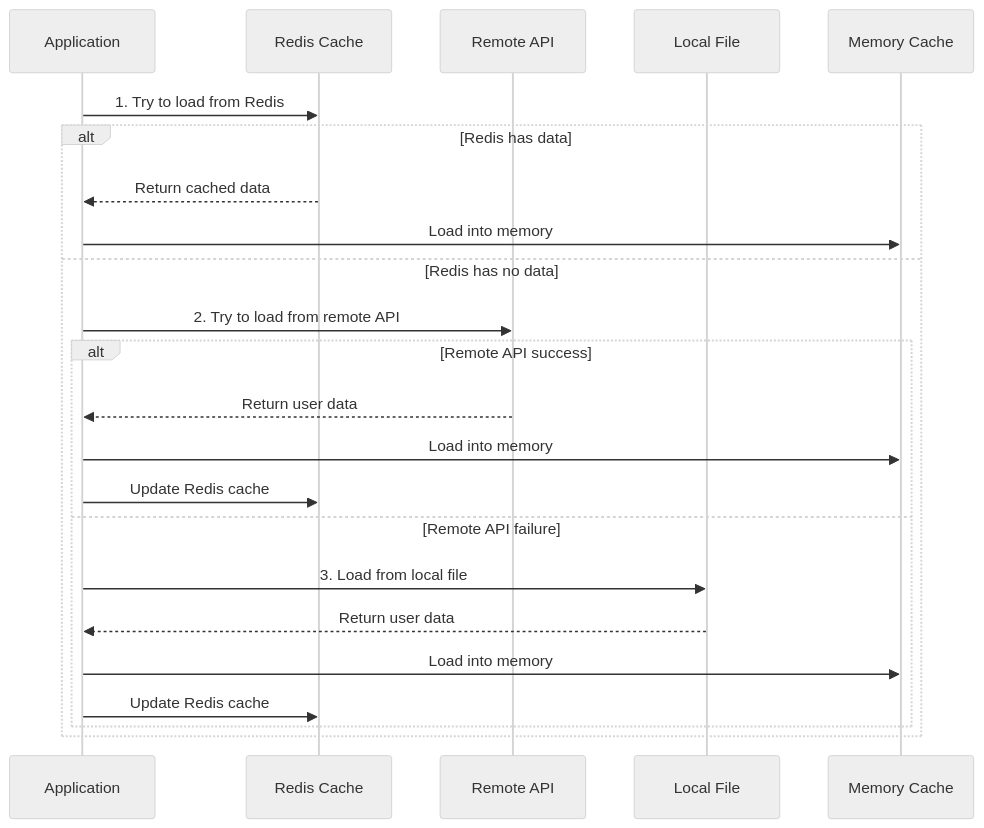
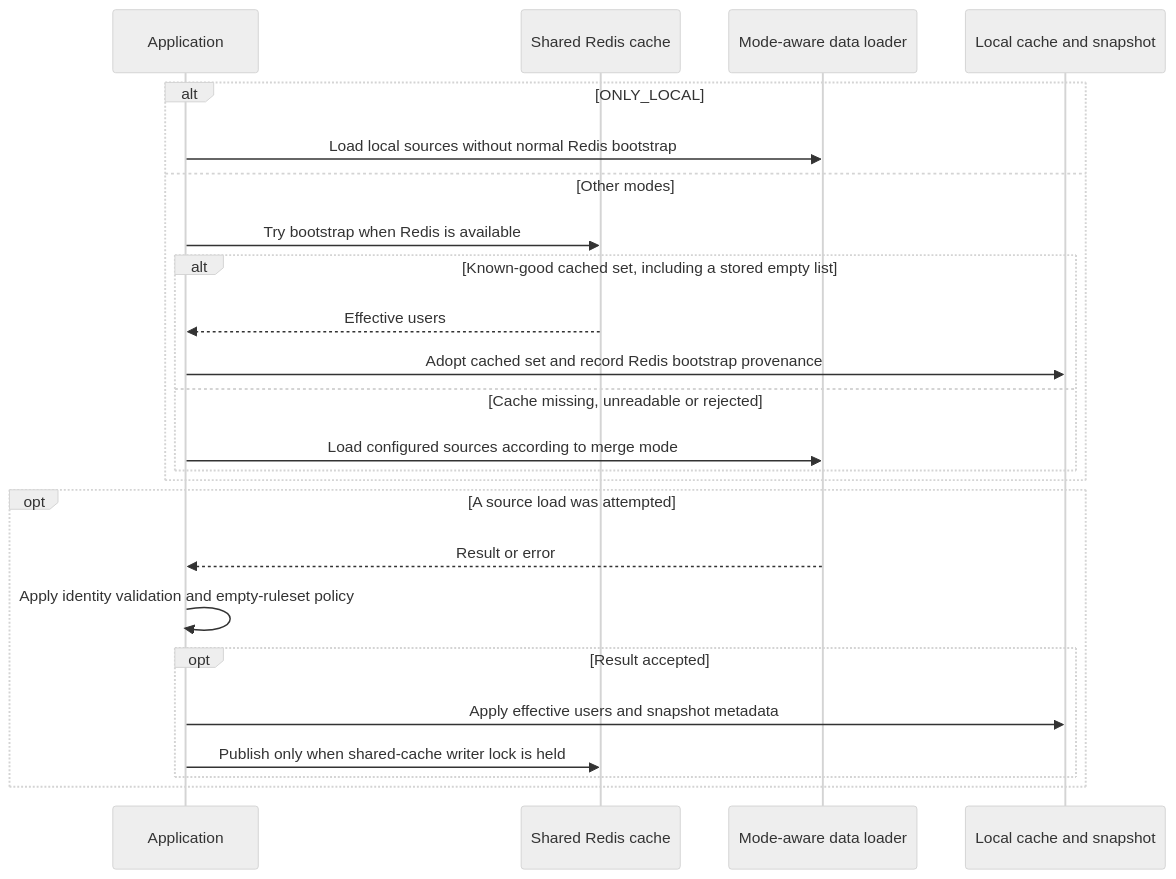
The second of 7 diagrams in docs/enUS/ARCHITECTURE.md (soulteary/warden), drawn with Mermaid (neutral theme) before and after one commit. The commit also changed other lines of this file and 1 other file, not shown here.

Commit message:
docs: correct startup and replica refresh flows

````diff
--- a/docs/enUS/ARCHITECTURE.md
+++ b/docs/enUS/ARCHITECTURE.md
@@ -107,26 +107,27 @@
 ```mermaid
 sequenceDiagram
     participant App as Application
-    participant Redis as Redis Cache
-    participant Remote as Remote API
-    participant Local as Local File
-    participant Memory as Memory Cache
+    participant Redis as Shared Redis cache
+    participant Loader as Mode-aware data loader
+    participant Memory as Local cache and snapshot
 
-    App->>Redis: 1. Try to load from Redis
-    alt Redis has data
-        Redis-->>App: Return cached data
-        App->>Memory: Load into memory
-    else Redis has no data
-        App->>Remote: 2. Try to load from remote API
-        alt Remote API success
-            Remote-->>App: Return user data
-            App->>Memory: Load into memory
-            App->>Redis: Update Redis cache
-        else Remote API failure
-            App->>Local: 3. Load from local file
-            Local-->>App: Return user data
-            App->>Memory: Load into memory
-            App->>Redis: Update Redis cache
+    alt ONLY_LOCAL
+        App->>Loader: Load local sources without normal Redis bootstrap
+    else Other modes
+        App->>Redis: Try bootstrap when Redis is available
+        alt Known-good cached set, including a stored empty list
+            Redis-->>App: Effective users
+            App->>Memory: Adopt cached set and record Redis bootstrap provenance
+        else Cache missing, unreadable or rejected
+            App->>Loader: Load configured sources according to merge mode
+        end
+    end
+    opt A source load was attempted
+        Loader-->>App: Result or error
+        App->>App: Apply identity validation and empty-ruleset policy
+        opt Result accepted
+            App->>Memory: Apply effective users and snapshot metadata
+            App->>Redis: Publish only when shared-cache writer lock is held
         end
     end
 ```
````
